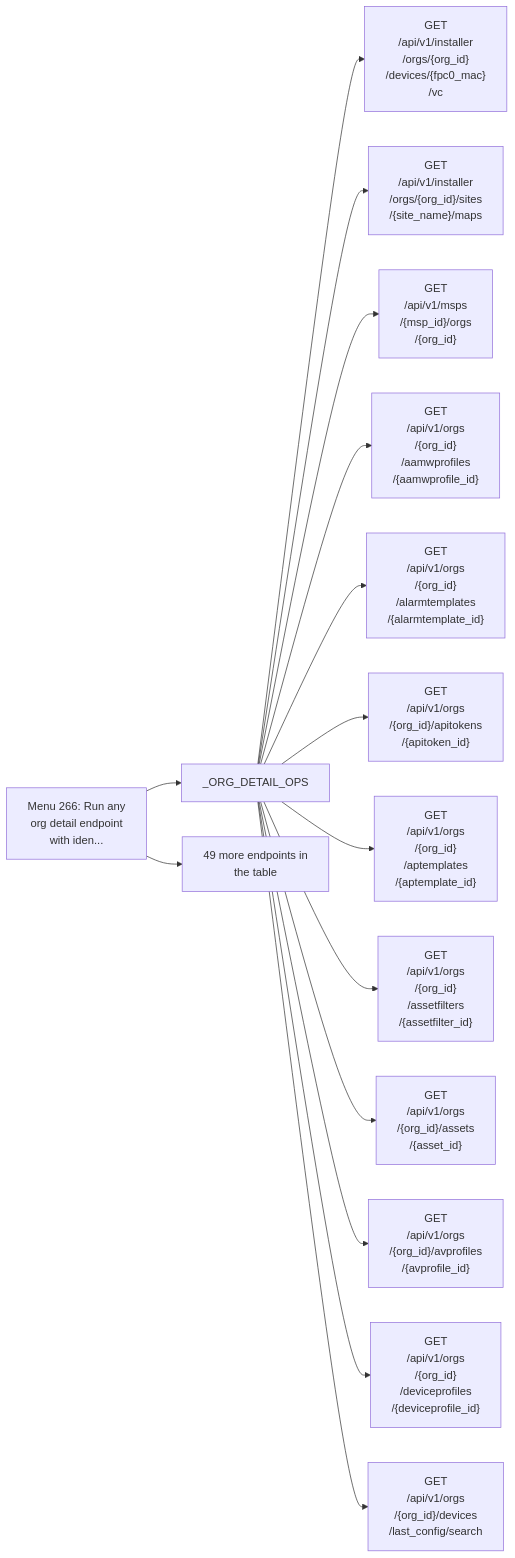
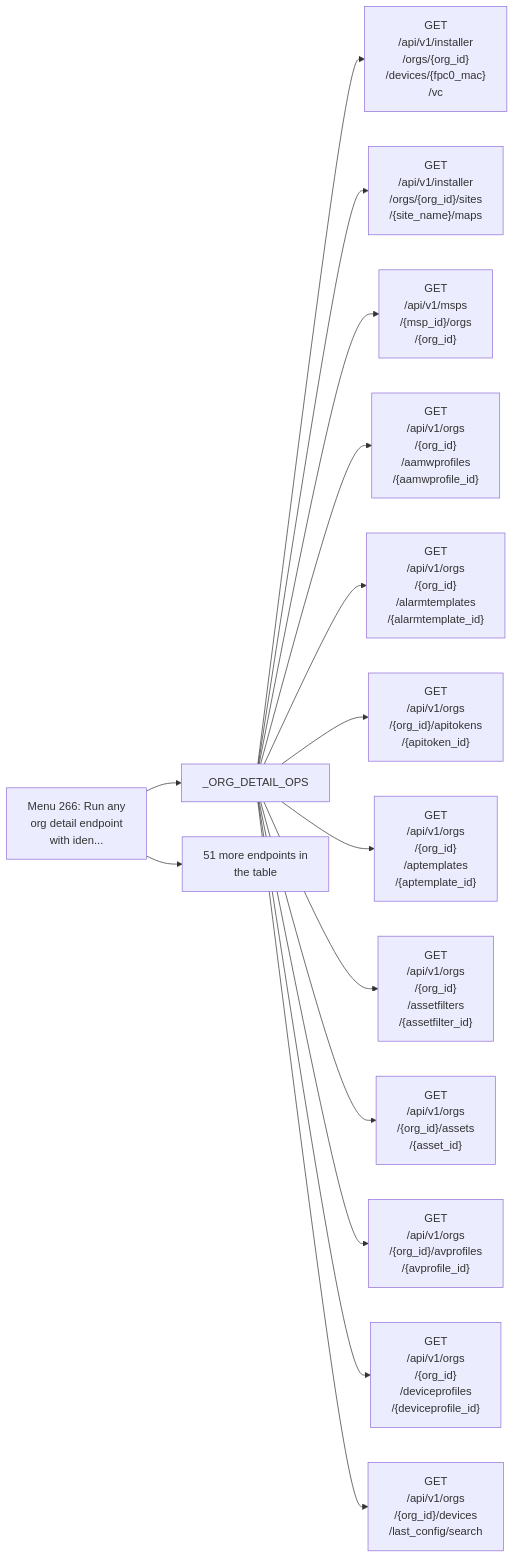
One commit to jmorrison-juniper/MistHelper changed diagram 23 of 26 in documentation/menu-api/interactive-safe.md. Above: the diagram before and after it, drawn with Mermaid. The commit also changed other lines of this file and 19 other files, not shown here.

````diff
--- a/documentation/menu-api/interactive-safe.md
+++ b/documentation/menu-api/interactive-safe.md
@@ -1671,18 +1678,18 @@
 ```mermaid
 flowchart LR
     menu["Menu 266: Run any<br/>org detail endpoint<br/>with iden..."]
     menu --> c1["_ORG_DETAIL_OPS"]
     c1 --> e1["GET<br/>/api/v1/installer<br/>/orgs/{org_id}<br/>/devices/{fpc0_mac}<br/>/vc"]
     c1 --> e2["GET<br/>/api/v1/installer<br/>/orgs/{org_id}/sites<br/>/{site_name}/maps"]
     c1 --> e3["GET<br/>/api/v1/msps<br/>/{msp_id}/orgs<br/>/{org_id}"]
     c1 --> e4["GET<br/>/api/v1/orgs<br/>/{org_id}<br/>/aamwprofiles<br/>/{aamwprofile_id}"]
     c1 --> e5["GET<br/>/api/v1/orgs<br/>/{org_id}<br/>/alarmtemplates<br/>/{alarmtemplate_id}"]
     c1 --> e6["GET<br/>/api/v1/orgs<br/>/{org_id}/apitokens<br/>/{apitoken_id}"]
     c1 --> e7["GET<br/>/api/v1/orgs<br/>/{org_id}<br/>/aptemplates<br/>/{aptemplate_id}"]
     c1 --> e8["GET<br/>/api/v1/orgs<br/>/{org_id}<br/>/assetfilters<br/>/{assetfilter_id}"]
     c1 --> e9["GET<br/>/api/v1/orgs<br/>/{org_id}/assets<br/>/{asset_id}"]
     c1 --> e10["GET<br/>/api/v1/orgs<br/>/{org_id}/avprofiles<br/>/{avprofile_id}"]
     c1 --> e11["GET<br/>/api/v1/orgs<br/>/{org_id}<br/>/deviceprofiles<br/>/{deviceprofile_id}"]
     c1 --> e12["GET<br/>/api/v1/orgs<br/>/{org_id}/devices<br/>/last_config/search"]
-    menu --> more["49 more endpoints in<br/>the table"]
+    menu --> more["51 more endpoints in<br/>the table"]
 ```
````
